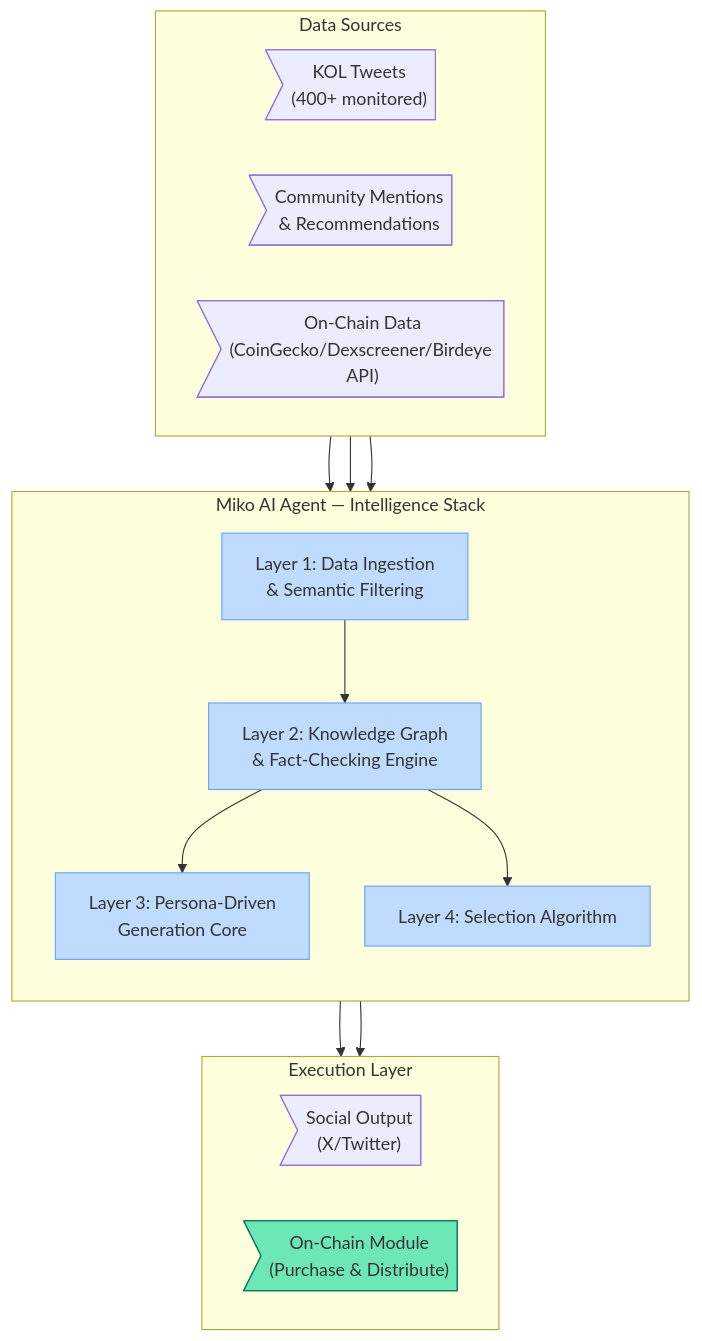
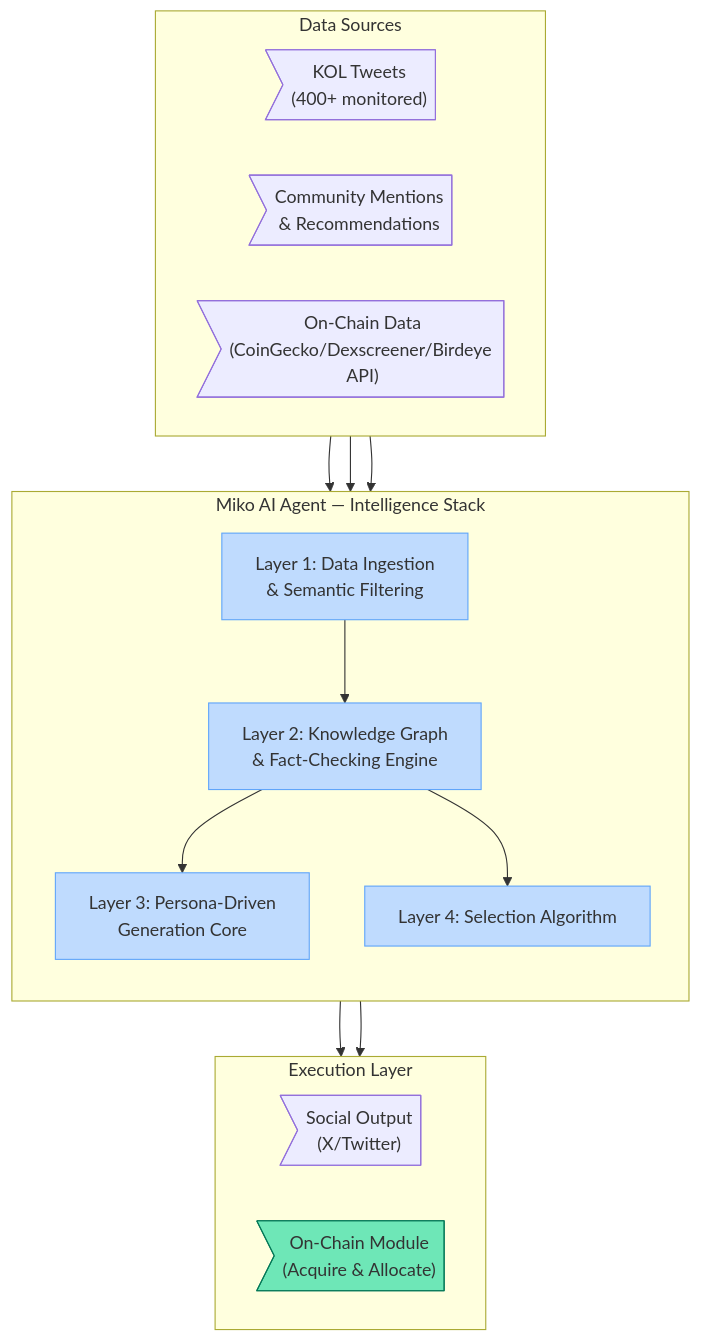
One commit to Miko-Protocol/docs changed the first of 6 diagrams in docs/technical-architecture/ai-architecture.md. Above: the diagram before and after it, drawn with Mermaid. The commit also changed other lines of this file and 5 other files, not shown here.

````diff
--- a/docs/technical-architecture/ai-architecture.md
+++ b/docs/technical-architecture/ai-architecture.md
@@ -11,34 +11,34 @@
 ```mermaid
 graph TD
     subgraph D["Data Sources"]
         direction LR
         DS1>"KOL Tweets<br/>(400+ monitored)"]
         DS2>"Community Mentions<br/>& Recommendations"]
         DS3>"On-Chain Data<br/>(CoinGecko/Dexscreener/Birdeye API)"]
     end
     subgraph M["Miko AI Agent — Intelligence Stack"]
         direction TB
         L1["Layer 1: Data Ingestion<br/>& Semantic Filtering"]
         L2["Layer 2: Knowledge Graph<br/>& Fact-Checking Engine"]
         L3["Layer 3: Persona-Driven<br/>Generation Core"]
         L4["Layer 4: Selection Algorithm"]
         L1 --> L2
         L2 --> L3
         L2 --> L4
     end
     subgraph X["Execution Layer"]
         direction LR
         X1>"Social Output<br/>(X/Twitter)"]
-        X2>"On-Chain Module<br/>(Purchase & Distribute)"]
+        X2>"On-Chain Module<br/>(Acquire & Allocate)"]
     end
     DS1 --> L1
     DS2 --> L1
     DS3 --> L1
     L3 --> X1
     L4 --> X2
     style L1 fill:#bfdbfe,stroke:#60a5fa
     style L2 fill:#bfdbfe,stroke:#60a5fa
     style L3 fill:#bfdbfe,stroke:#60a5fa
     style L4 fill:#bfdbfe,stroke:#60a5fa
     style X2 fill:#6ee7b7,stroke:#047857
 ```
````
